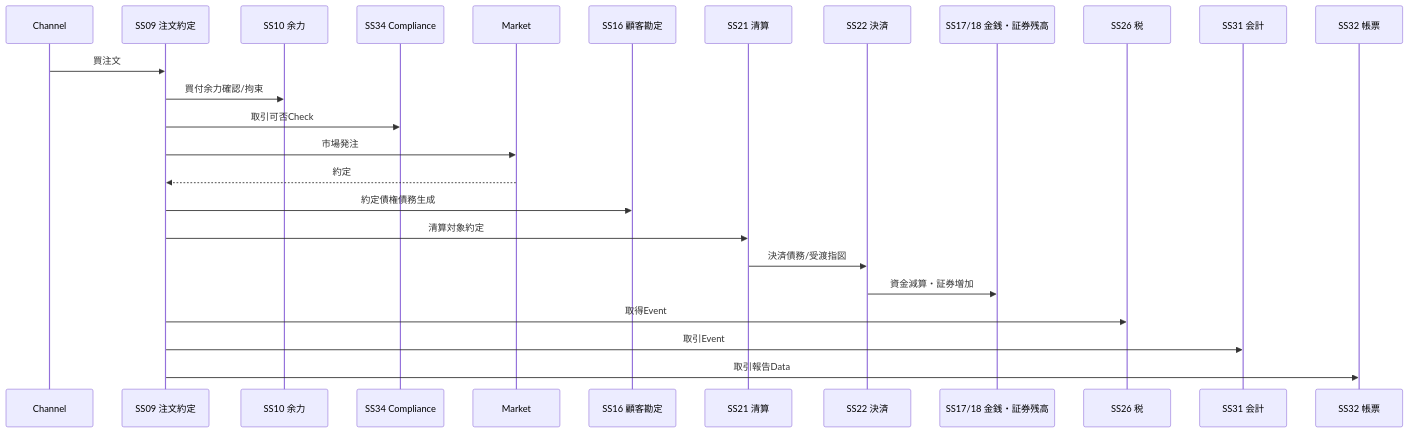
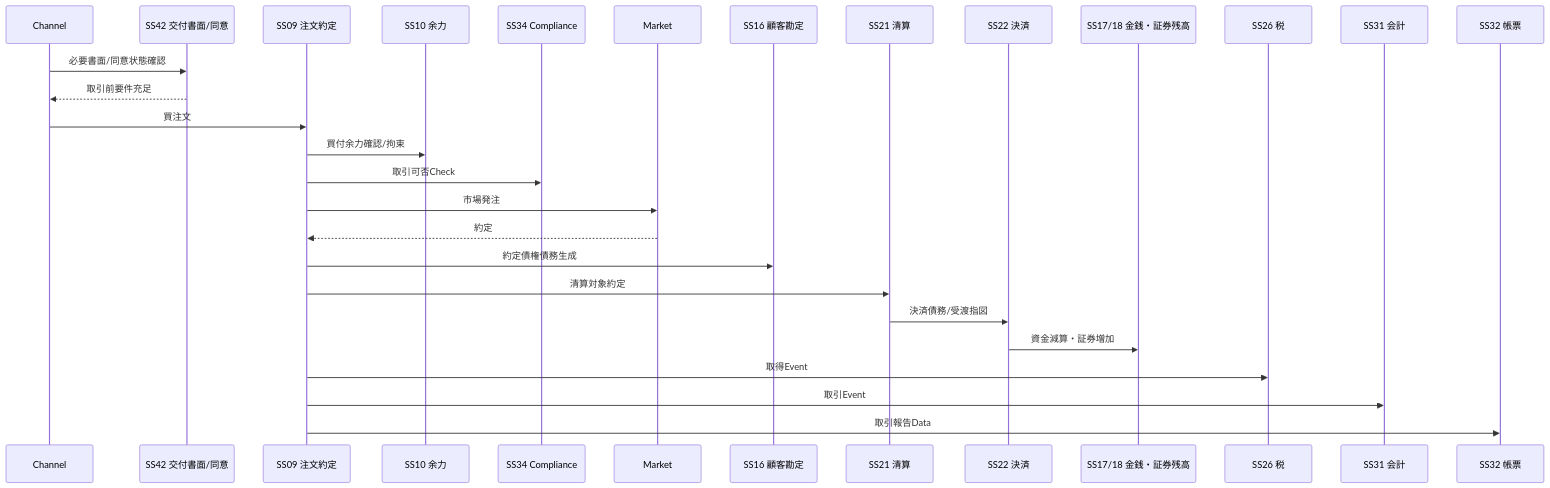
The third of 4 diagrams in docs/01-architecture/OVERALL_DESIGN.md (skyTreeCN/jp-securitie-skills), drawn with Mermaid before and after one commit. The commit also changed other lines of this file, not shown here.

````diff
--- a/docs/01-architecture/OVERALL_DESIGN.md
+++ b/docs/01-architecture/OVERALL_DESIGN.md
@@ -216,28 +231,31 @@
 ```mermaid
 sequenceDiagram
   participant C as Channel
+  participant DOC as SS42 交付書面/同意
   participant O as SS09 注文約定
   participant BP as SS10 余力
   participant CMP as SS34 Compliance
   participant M as Market
   participant AC as SS16 顧客勘定
   participant CL as SS21 清算
   participant ST as SS22 決済
   participant CA as SS17/18 金銭・証券残高
   participant TAX as SS26 税
   participant ACC as SS31 会計
   participant R as SS32 帳票
 
+  C->>DOC: 必要書面/同意状態確認
+  DOC-->>C: 取引前要件充足
   C->>O: 買注文
   O->>BP: 買付余力確認/拘束
   O->>CMP: 取引可否Check
   O->>M: 市場発注
   M-->>O: 約定
   O->>AC: 約定債権債務生成
   O->>CL: 清算対象約定
   CL->>ST: 決済債務/受渡指図
   ST->>CA: 資金減算・証券増加
   O->>TAX: 取得Event
   O->>ACC: 取引Event
   O->>R: 取引報告Data
 ```
````
